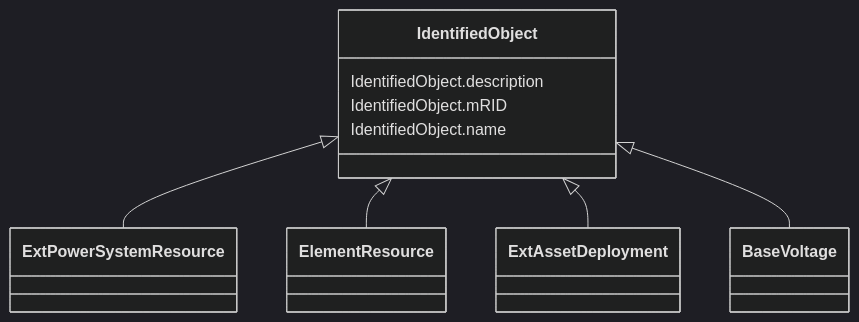
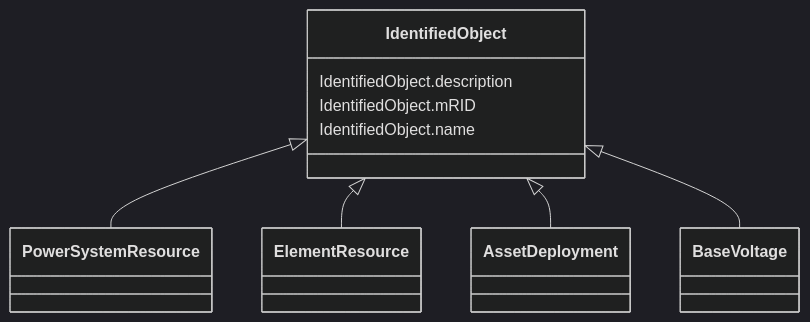
Before and after one commit to 3lbits/NoCIMExtensions: the diagram in docs/AviationObstacle/IdentifiedObject.md, drawn with Mermaid (dark theme). The commit also changed other lines of this file and 34 other files, not shown here.

````diff
--- a/docs/AviationObstacle/IdentifiedObject.md
+++ b/docs/AviationObstacle/IdentifiedObject.md
@@ -18,21 +18,21 @@
 ```mermaid
  classDiagram
     class IdentifiedObject
     click IdentifiedObject href "../IdentifiedObject"
-      IdentifiedObject <|-- ExtPowerSystemResource
-        click ExtPowerSystemResource href "../ExtPowerSystemResource"
+      IdentifiedObject <|-- PowerSystemResource
+        click PowerSystemResource href "../PowerSystemResource"
       IdentifiedObject <|-- ElementResource
         click ElementResource href "../ElementResource"
-      IdentifiedObject <|-- ExtAssetDeployment
-        click ExtAssetDeployment href "../ExtAssetDeployment"
+      IdentifiedObject <|-- AssetDeployment
+        click AssetDeployment href "../AssetDeployment"
       IdentifiedObject <|-- BaseVoltage
         click BaseVoltage href "../BaseVoltage"
       
       IdentifiedObject : IdentifiedObject.description
         
       IdentifiedObject : IdentifiedObject.mRID
         
       IdentifiedObject : IdentifiedObject.name
         
       
 ```
````
